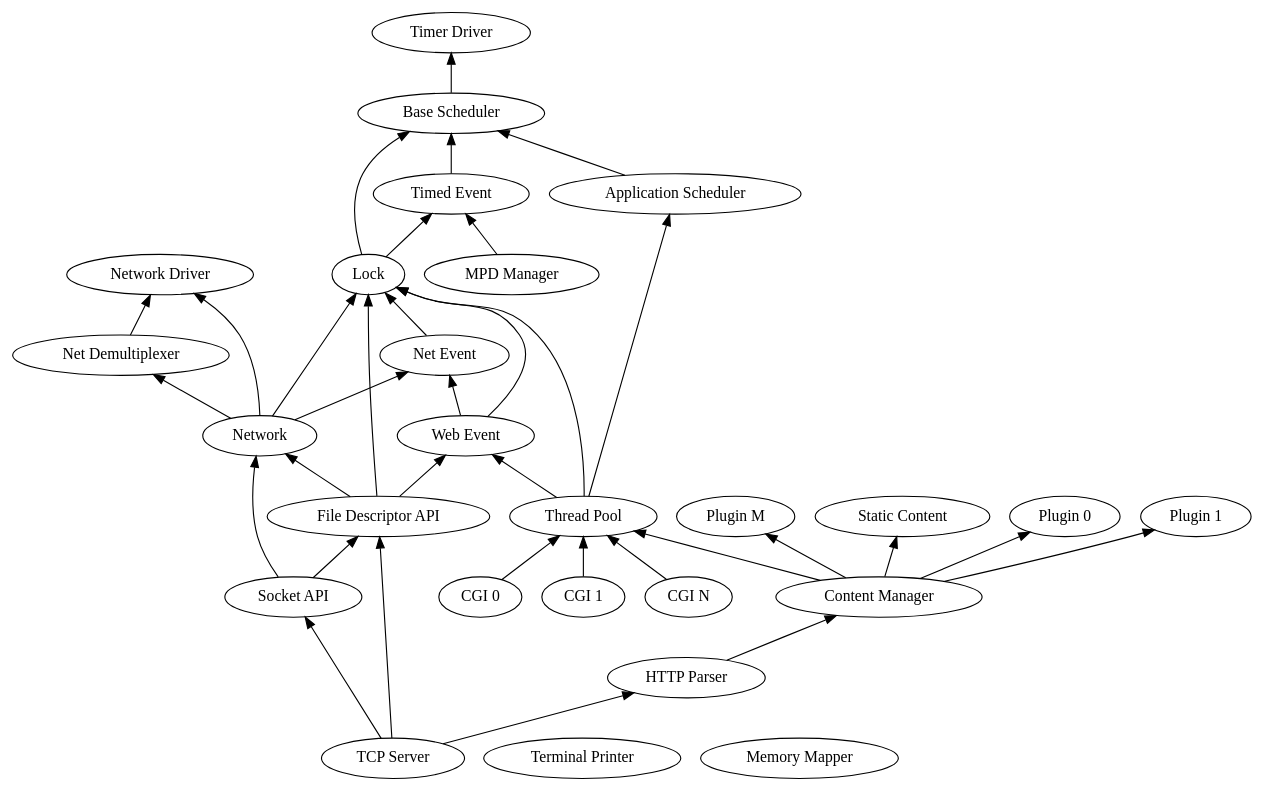
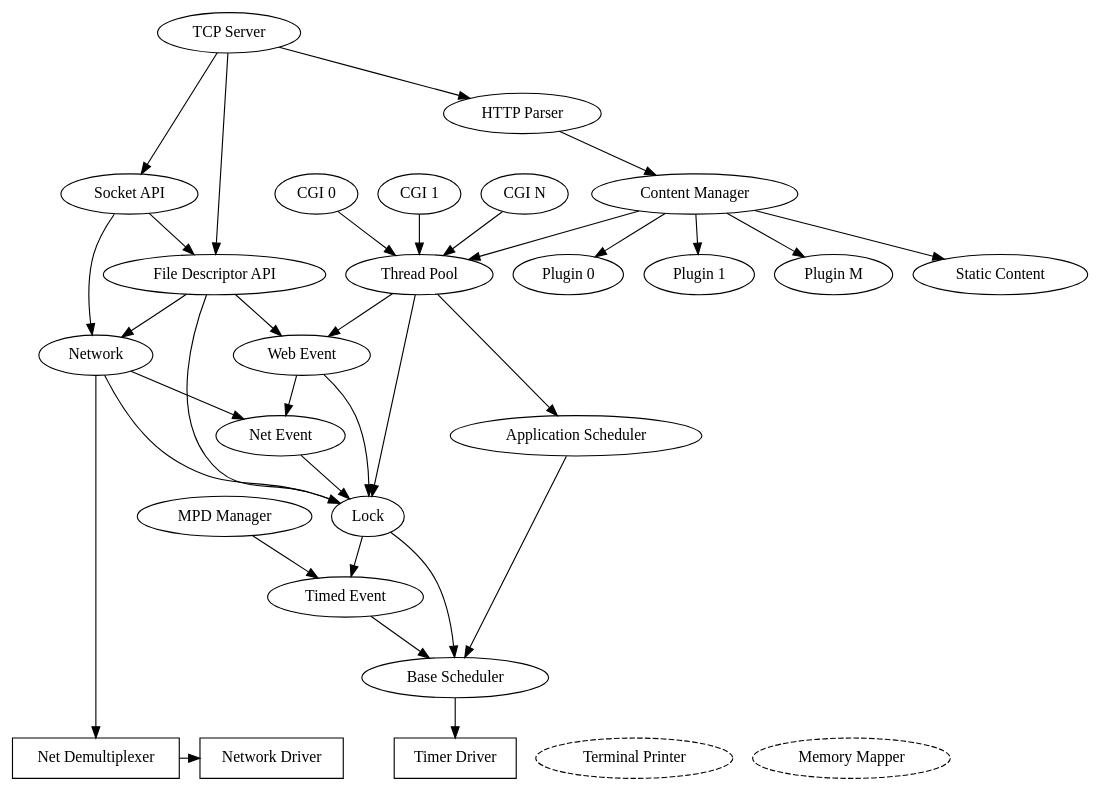
One commit to gwsystems/composite changed the diagram in module/doc/component_web_server.dot. Above: the diagram before and after it, drawn with Graphviz. The commit also changed 8 other files, not shown here.

```diff
--- a/module/doc/component_web_server.dot
+++ b/module/doc/component_web_server.dot
@@ -1,120 +1,71 @@
 digraph web_server {
 	overlap=false;
 //	overlap=scale;
 	splines=true;
-	rankdir=BT;
+//	rankdir=BT;
 	
 	"TCP Server";
-	"Network";
 	"Socket API";
 	"File Descriptor API";
 	"HTTP Parser";
 	"CGI 0";
 	"CGI 1";
 	"CGI N";
 	"Thread Pool";
 	"Static Content";
 	"Plugin 0";
 	"Plugin 1";
 	"Plugin M";
 	"Base Scheduler";
 	"Application Scheduler";
 	"Web Event";
 	"Net Event";
+	"Network";
+	"Lock";
 	"Timed Event";
-	"Terminal Printer";
-	"Lock";
 	"MPD Manager";
-	"Memory Mapper";
 	"Content Manager";
-
-	subgraph Kernel {
-		color=black;
-		"Net Demultiplexer";
-		"Network Driver";
-		"Timer Driver";
+	{
+		rank=same;
+		"Net Demultiplexer" [shape=box];
+		"Network Driver" [shape=box];
+		"Timer Driver" [shape=box];
+		"Terminal Printer" [style=dashed];
+		"Memory Mapper" [style=dashed];
 	};
 
 	"TCP Server" -> "Socket API";
 	"TCP Server" -> "File Descriptor API";
 	"Socket API" -> "File Descriptor API";
 	"TCP Server" -> "HTTP Parser";
 	"HTTP Parser" -> "Content Manager";
-	"Content Manager" -> "Static Content";
 	"Content Manager" -> "Plugin 0";
 	"Content Manager" -> "Plugin 1";
 	"Content Manager" -> "Plugin M";
+	"Content Manager" -> "Static Content";
 	"Content Manager" -> "Thread Pool";
 	"CGI 0" -> "Thread Pool";
 	"CGI 1" -> "Thread Pool";
 	"CGI N" -> "Thread Pool";
 	"Thread Pool" -> "Application Scheduler";
 	"Application Scheduler" -> "Base Scheduler";
 	"Thread Pool" -> "Web Event";
 	"Socket API" -> "Network";
 	"File Descriptor API" -> "Network";
 	"File Descriptor API" -> "Web Event";
 	"Network" -> "Net Event";
 	"Web Event" -> "Net Event";
 	"Web Event" -> "Lock";
 	"Net Event" -> "Lock";
 	"Lock" -> "Timed Event";
 	"Lock" -> "Base Scheduler";
 	"Timed Event" -> "Base Scheduler";
 	"Network" -> "Lock";
 	"Thread Pool" -> "Lock";
 	"File Descriptor API" -> "Lock";
-//	"Network" -> "Net Demultiplexer";
 	"Network" -> "Net Demultiplexer" -> "Network Driver";
-	"Network" -> "Network Driver";
+//	"Network" -> "Network Driver";
 	"Base Scheduler" -> "Timer Driver";
 
 	"MPD Manager" -> "Timed Event";	
-
-/*
-	"Network" -> "Memory Mapper";
-	"Socket API" -> "Memory Mapper";
-	"File Descriptor API" -> "Memory Mapper";
-	"TCP Server" -> "Memory Mapper";
-	"HTTP Parser" -> "Memory Mapper";
-	"CGI 0" -> "Memory Mapper";
-	"CGI 1" -> "Memory Mapper";
-	"CGI N" -> "Memory Mapper";
-	"Thread Pool" -> "Memory Mapper";
-	"Static Content" -> "Memory Mapper";
-	"Plugin 0" -> "Memory Mapper";
-	"Plugin 1" -> "Memory Mapper";
-	"Plugin M" -> "Memory Mapper";
-	"Base Scheduler" -> "Memory Mapper";
-	"Application Scheduler" -> "Memory Mapper";
-	"Web Event" -> "Memory Mapper";
-	"Net Event" -> "Memory Mapper";
-	"Timed Event" -> "Memory Mapper";
-	"Terminal Printer" -> "Memory Mapper";
-	"Lock" -> "Memory Mapper";
-	"MPD Manager" -> "Memory Mapper";
-	"Content Manager" -> "Memory Mapper";
-
-	"Network" -> "Terminal Printer";
-	"Socket API" -> "Terminal Printer";
-	"File Descriptor API" -> "Terminal Printer";
-	"TCP Server" -> "Terminal Printer";
-	"HTTP Parser" -> "Terminal Printer";
-	"CGI 0" -> "Terminal Printer";
-	"CGI 1" -> "Terminal Printer";
-	"CGI N" -> "Terminal Printer";
-	"Thread Pool" -> "Terminal Printer";
-	"Static Content" -> "Terminal Printer";
-	"Plugin 0" -> "Terminal Printer";
-	"Plugin 1" -> "Terminal Printer";
-	"Plugin M" -> "Terminal Printer";
-	"Base Scheduler" -> "Terminal Printer";
-	"Application Scheduler" -> "Terminal Printer";
-	"Web Event" -> "Terminal Printer";
-	"Net Event" -> "Terminal Printer";
-	"Timed Event" -> "Terminal Printer";
-	"Lock" -> "Terminal Printer";
-	"MPD Manager" -> "Terminal Printer";
-	"Content Manager" -> "Terminal Printer";
-*/
 }
```
